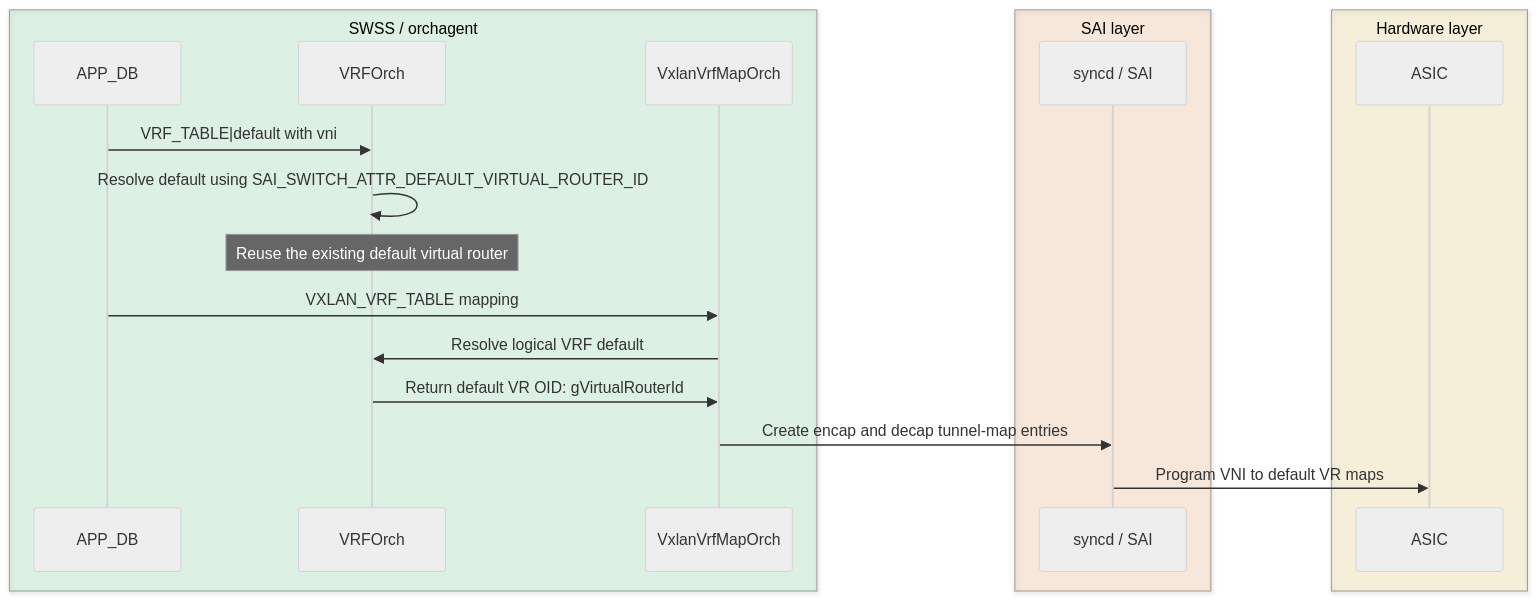
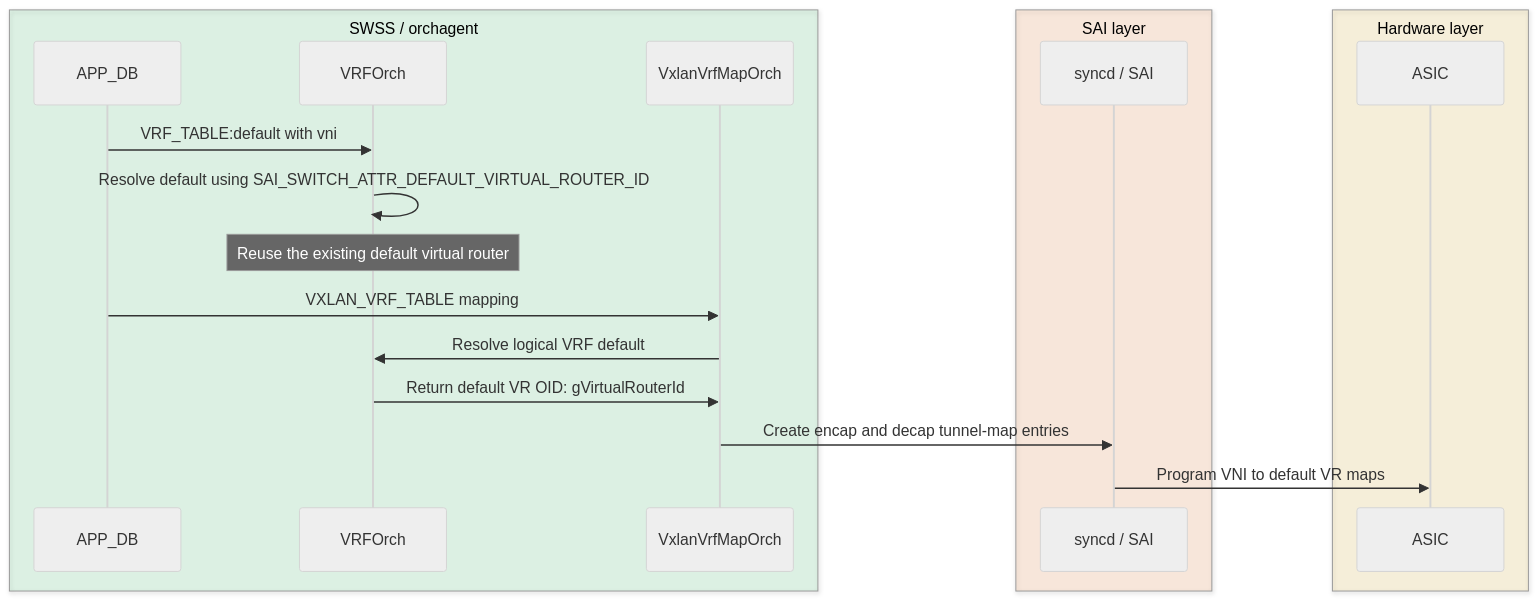
One commit to sonic-net/SONiC changed the second of 4 diagrams in doc/vxlan/l3vni_default_vrf_hld.md. Above: the diagram before and after it, drawn with Mermaid (neutral theme). The commit also changed other lines of this file, not shown here.

Commit message:
doc: address default VRF L3VNI review feedback

````diff
--- a/doc/vxlan/l3vni_default_vrf_hld.md
+++ b/doc/vxlan/l3vni_default_vrf_hld.md
@@ -124,23 +128,23 @@
 ```mermaid
 sequenceDiagram
     box rgba(34,197,94,0.12) SWSS / orchagent
         participant ADB as APP_DB
         participant VO as VRFOrch
         participant VX as VxlanVrfMapOrch
     end
     box rgba(249,115,22,0.12) SAI layer
         participant SAI as syncd / SAI
     end
     box rgba(234,179,8,0.12) Hardware layer
         participant ASIC
     end
 
-    ADB->>VO: VRF_TABLE|default with vni
+    ADB->>VO: VRF_TABLE:default with vni
     VO->>VO: Resolve default using SAI_SWITCH_ATTR_DEFAULT_VIRTUAL_ROUTER_ID
     Note over VO: Reuse the existing default virtual router
     ADB->>VX: VXLAN_VRF_TABLE mapping
     VX->>VO: Resolve logical VRF default
     VO->>VX: Return default VR OID: gVirtualRouterId
     VX->>SAI: Create encap and decap tunnel-map entries
     SAI->>ASIC: Program VNI to default VR maps
 ```
````
